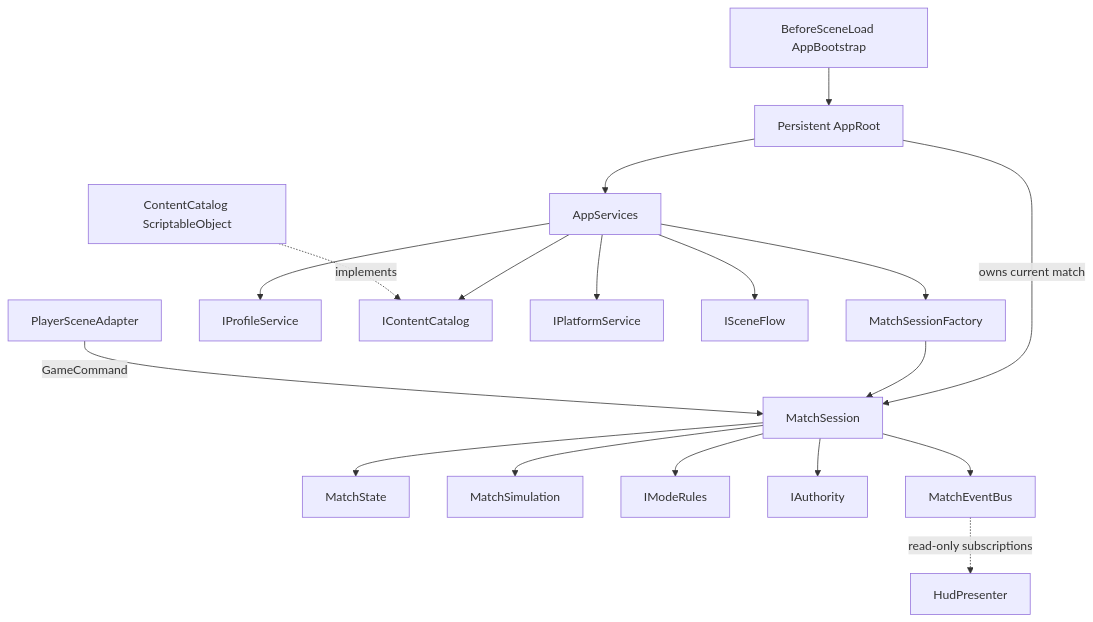
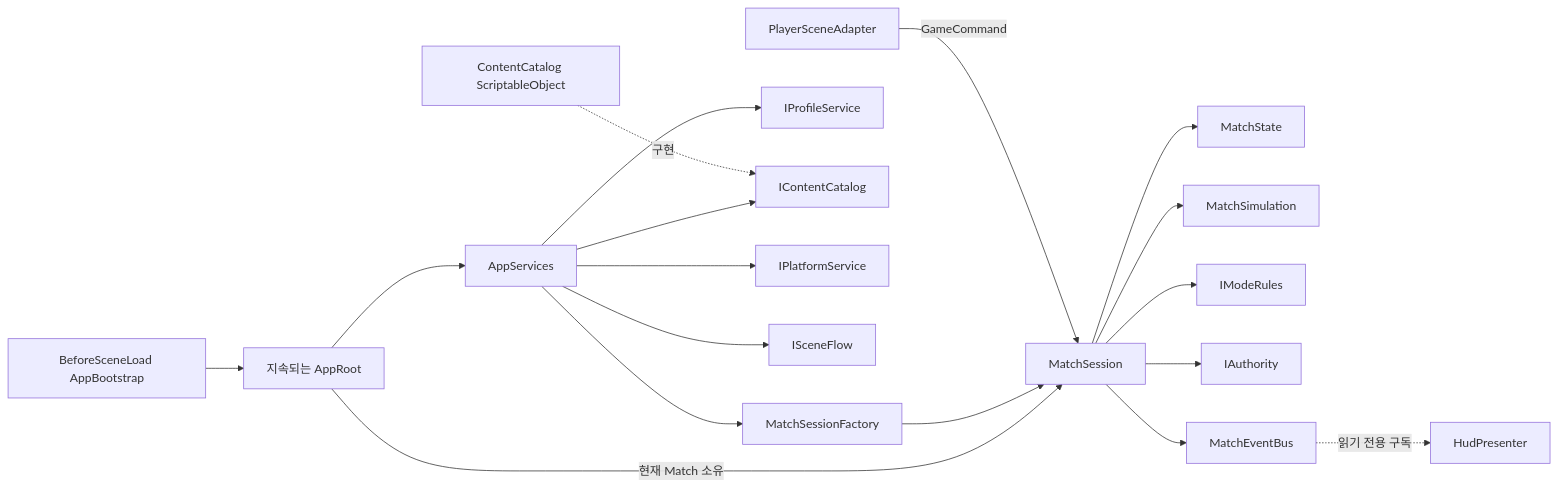
One commit to Team-HJD-21/unity-6-the-developer changed the third of 3 diagrams in Assets/PoC/Core/README.md. Above: the diagram before and after it, drawn with Mermaid. The commit also changed other lines of this file and 71 other files, not shown here.

````diff
--- a/Assets/PoC/Core/README.md
+++ b/Assets/PoC/Core/README.md
@@ -46,20 +141,20 @@
 ```mermaid
-flowchart TD
-    RuntimeBootstrap[BeforeSceneLoad AppBootstrap] --> AppRoot[Persistent AppRoot]
-    AppRoot --> AppServices
-    AppRoot -->|owns current match| Session
-    AppServices --> MatchFactory[MatchSessionFactory]
-    AppServices --> ProfilePort[IProfileService]
-    AppServices --> ContentPort[IContentCatalog]
-    AppServices --> PlatformPort[IPlatformService]
-    AppServices --> ScenePort[ISceneFlow]
-    MatchFactory --> Session[MatchSession]
+flowchart LR
+    Bootstrap[BeforeSceneLoad AppBootstrap] --> Root[지속되는 AppRoot]
+    Root --> Services[AppServices]
+    Root -->|현재 Match 소유| Session[MatchSession]
+    Services --> Factory[MatchSessionFactory]
+    Services --> Profile[IProfileService]
+    Services --> Content[IContentCatalog]
+    Services --> Platform[IPlatformService]
+    Services --> SceneFlow[ISceneFlow]
+    Factory --> Session
     Session --> State[MatchState]
     Session --> Simulation[MatchSimulation]
     Session --> Rules[IModeRules]
     Session --> Authority[IAuthority]
     Session --> Bus[MatchEventBus]
-    Bus -. read-only subscriptions .-> Presenter[HudPresenter]
-    SceneAdapter[PlayerSceneAdapter] -->|GameCommand| Session
-    ContentAsset[ContentCatalog ScriptableObject] -. implements .-> ContentPort
+    Bus -. 읽기 전용 구독 .-> Presenter[HudPresenter]
+    Adapter[PlayerSceneAdapter] -->|GameCommand| Session
+    Asset[ContentCatalog ScriptableObject] -. 구현 .-> Content
 ```
````
